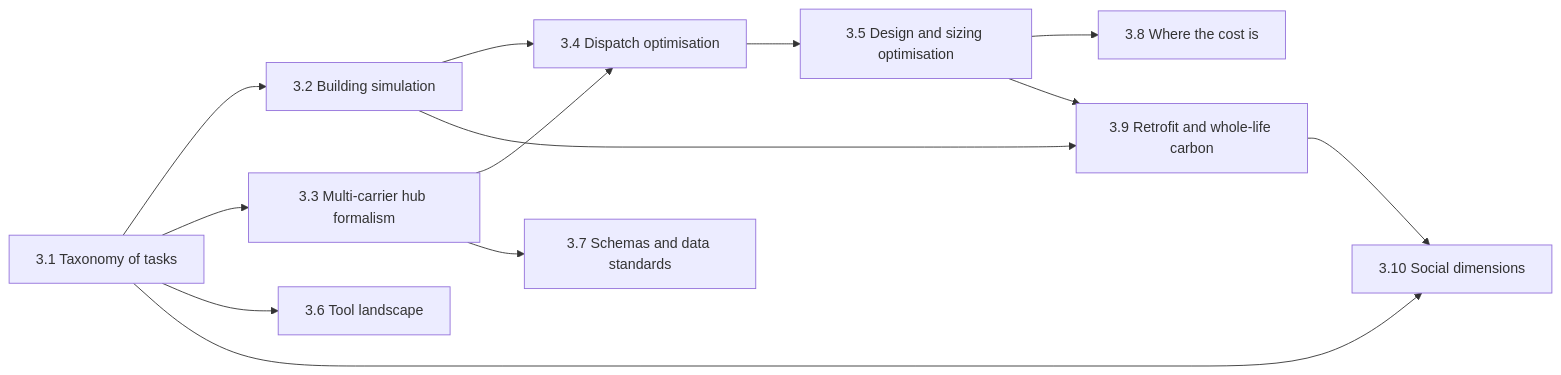
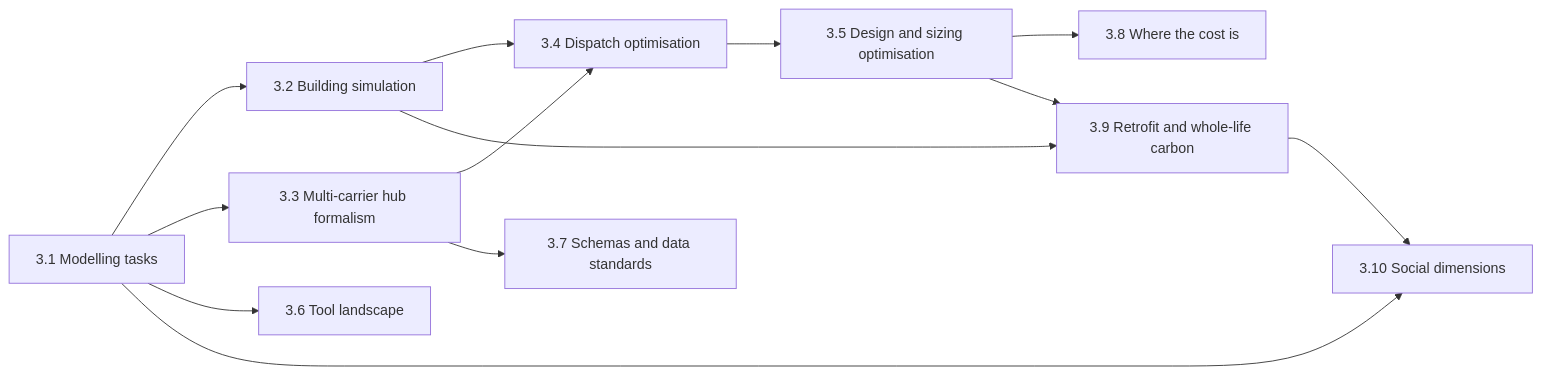
Before and after one commit to BartonChenTW/FM4UES: the diagram in chapter-3-sim-opt/index.md, drawn with Mermaid. The commit also changed other lines of this file and 7 other files, not shown here.

First line of the commit message:
Retitle 3.1: Modelling Tasks and Their Mathematical Structure

````diff
--- a/chapter-3-sim-opt/index.md
+++ b/chapter-3-sim-opt/index.md
@@ -17,15 +17,15 @@
 ```mermaid
 flowchart LR
-    A["3.1 Taxonomy of tasks"] --> B["3.2 Building simulation"]
+    A["3.1 Modelling tasks"] --> B["3.2 Building simulation"]
     A --> C["3.3 Multi-carrier hub formalism"]
     B --> D["3.4 Dispatch optimisation"]
     C --> D
     D --> E["3.5 Design and sizing optimisation"]
     A --> F["3.6 Tool landscape"]
     C --> G["3.7 Schemas and data standards"]
     E --> H["3.8 Where the cost is"]
     B --> I["3.9 Retrofit and whole-life carbon"]
     E --> I
     A --> J["3.10 Social dimensions"]
     I --> J
 ```
````
